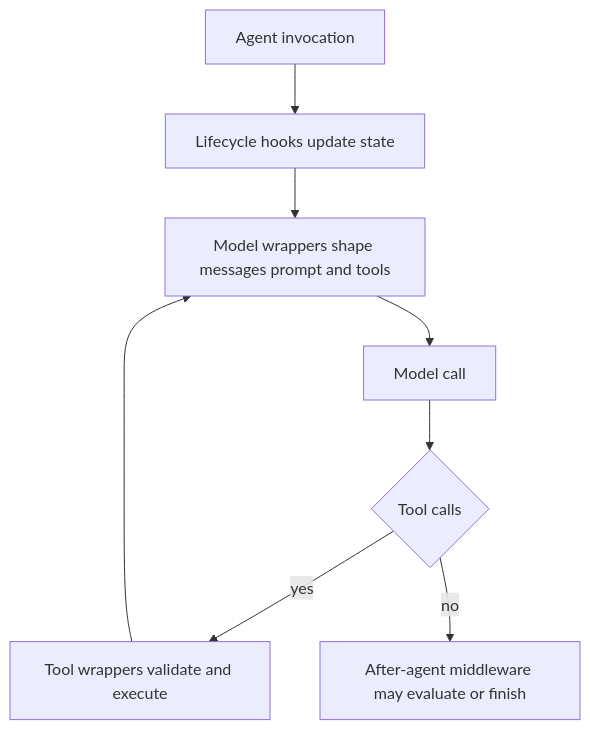
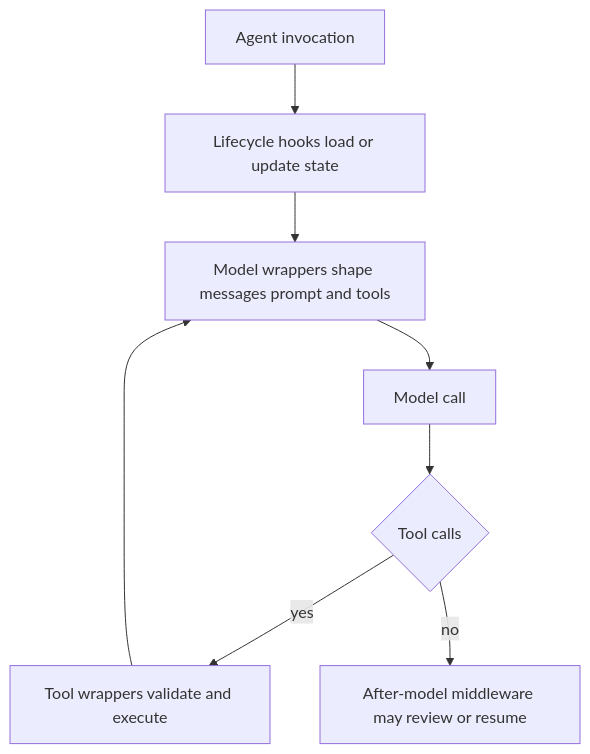
Before and after one commit to langchain-ai/deepagents: the first of 3 diagrams in openwiki/concepts/middleware-catalog.md, drawn with Mermaid. The commit also changed other lines of this file and 67 other files, not shown here.

````diff
--- a/openwiki/concepts/middleware-catalog.md
+++ b/openwiki/concepts/middleware-catalog.md
@@ -43,10 +71,10 @@
 ```mermaid
 flowchart TD
-    Start["Agent invocation"] --> Hooks["Lifecycle hooks update state"]
-    Hooks --> Request["Model wrappers shape messages prompt and tools"]
+    Begin["Agent invocation"] --> Before["Lifecycle hooks load or update state"]
+    Before --> Request["Model wrappers shape messages prompt and tools"]
     Request --> Model["Model call"]
-    Model --> Choice{"Tool calls"}
-    Choice -->|"yes"| Boundary["Tool wrappers validate and execute"]
-    Boundary --> Request
-    Choice -->|"no"| Complete["After-agent middleware may evaluate or finish"]
+    Model --> Decision{"Tool calls"}
+    Decision -->|"yes"| Tool["Tool wrappers validate and execute"]
+    Tool --> Request
+    Decision -->|"no"| Finish["After-model middleware may review or resume"]
 ```
````
